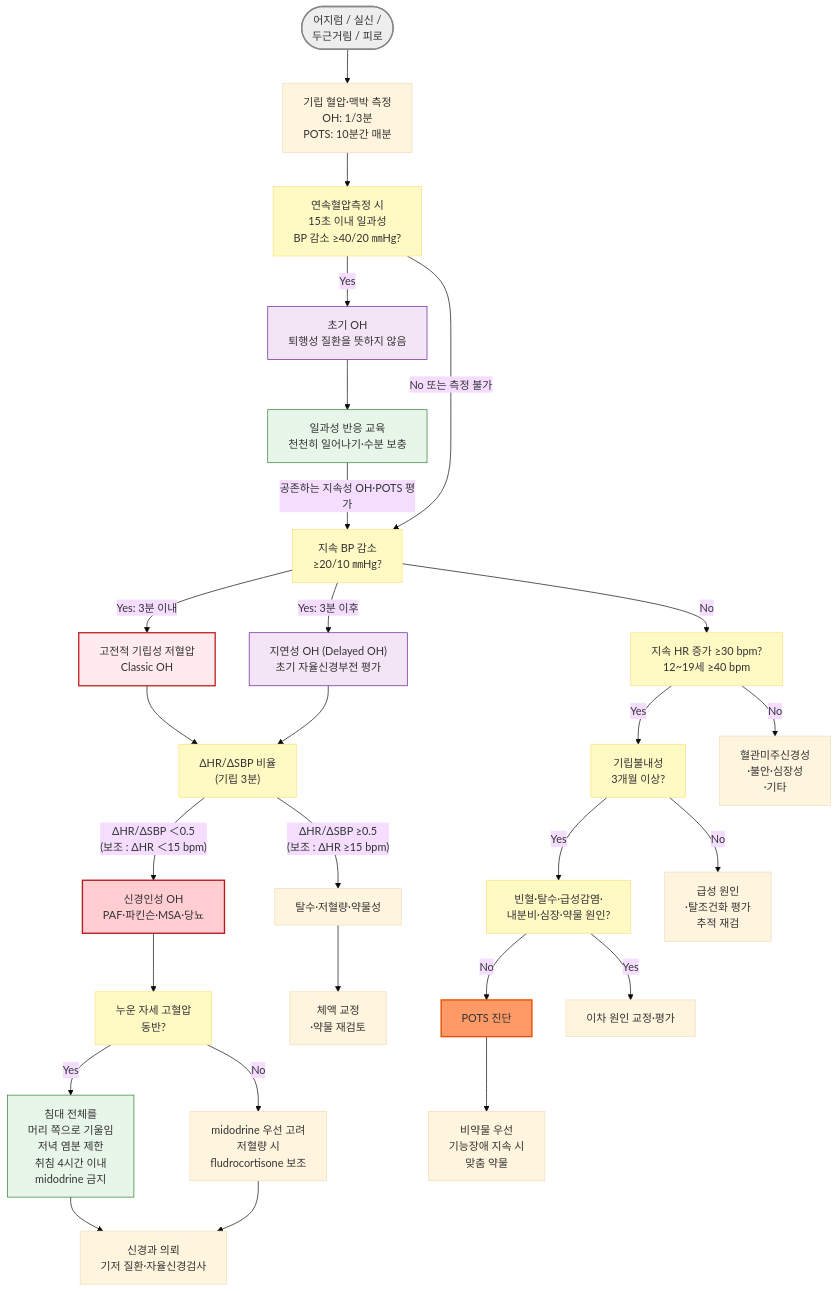
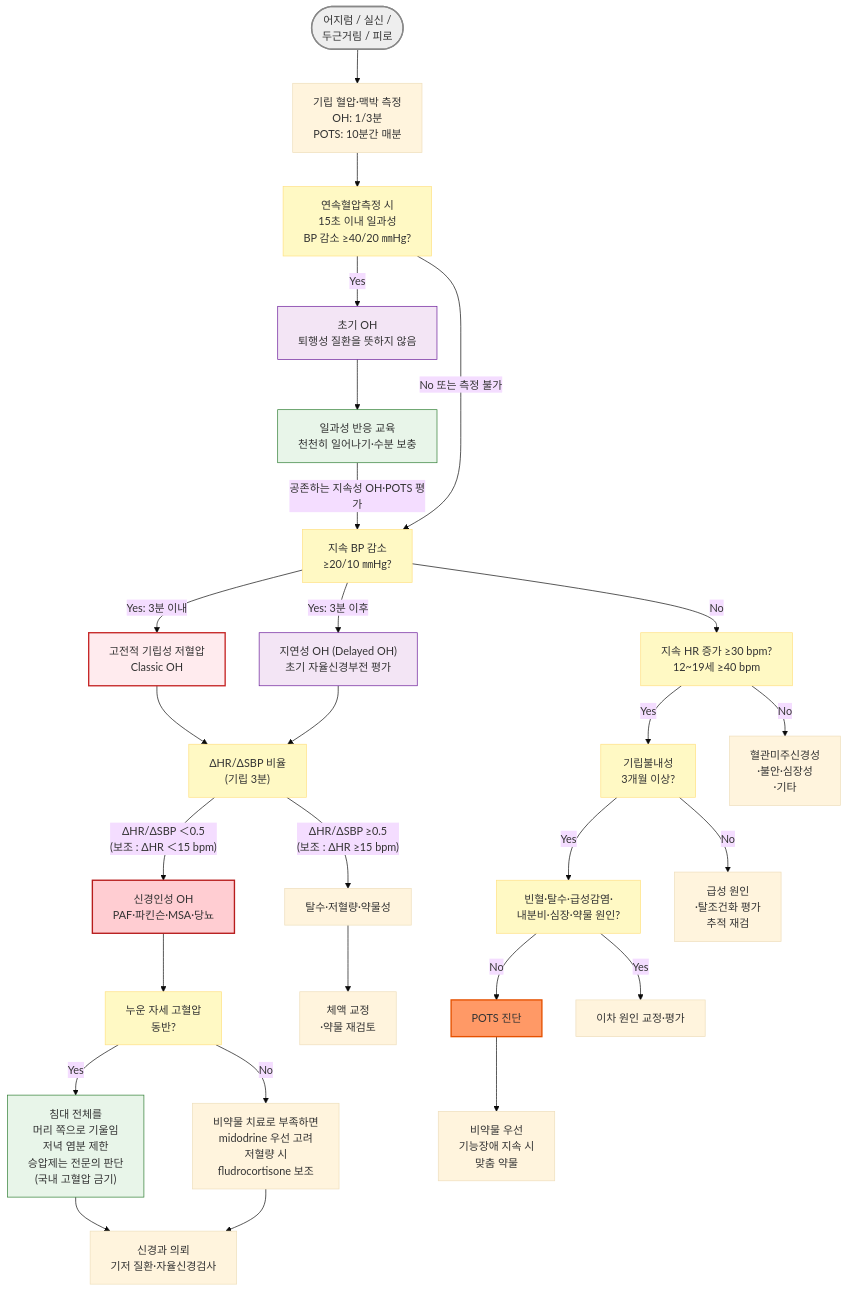
The diagram in 221_/030_-autonomic-dysfunction.md (familyoh77/familyoh77), drawn with Mermaid (base theme) before and after one commit. The commit also changed other lines of this file and 7 other files, not shown here.

````diff
--- a/221_/030_-autonomic-dysfunction.md
+++ b/221_/030_-autonomic-dysfunction.md
@@ -230,39 +231,39 @@
 ```mermaid
 graph TD
     Start(["어지럼 / 실신 /<br/>두근거림 / 피로"]) --> Step1["기립 혈압·맥박 측정<br/>OH: 1/3분<br/>POTS: 10분간 매분"]
     Step1 --> Q0["연속혈압측정 시<br/>15초 이내 일과성<br/>BP 감소 ≥40/20 ㎜Hg?"]
     Q0 -->|Yes| IOH["초기 OH<br/>퇴행성 질환을 뜻하지 않음"]
     Q0 -->|"No 또는 측정 불가"| Q1["지속 BP 감소<br/>≥20/10 ㎜Hg?"]
     IOH --> IOH_Tx["일과성 반응 교육<br/>천천히 일어나기·수분 보충"]
     IOH_Tx -->|"공존하는 지속성 OH·POTS 평가"| Q1
     Q1 -->|"Yes: 3분 이내"| OH["고전적 기립성 저혈압<br/>Classic OH"]
     Q1 -->|"Yes: 3분 이후"| DOH["지연성 OH (Delayed OH)<br/>초기 자율신경부전 평가"]
     Q1 -->|No| Q2["지속 HR 증가 ≥30 bpm?<br/>12~19세 ≥40 bpm"]
     Q2 -->|Yes| Chronic["기립불내성<br/>3개월 이상?"]
     Q2 -->|No| Other["혈관미주신경성<br/>·불안·심장성<br/>·기타"]
     OH --> QHR["ΔHR/ΔSBP 비율<br/>(기립 3분)"]
     DOH --> QHR
     QHR -->|"ΔHR/ΔSBP ＜0.5<br/>(보조 : ΔHR ＜15 bpm)"| Neuro["신경인성 OH<br/>PAF·파킨슨·MSA·당뇨"]
     QHR -->|"ΔHR/ΔSBP ≥0.5<br/>(보조 : ΔHR ≥15 bpm)"| Volume["탈수·저혈량·약물성"]
     Neuro --> SupHTN["누운 자세 고혈압<br/>동반?"]
-    SupHTN -->|Yes| SupYes["침대 전체를 <br/>머리 쪽으로 기울임<br/>저녁 염분 제한<br/>취침 4시간 이내 <br/>midodrine 금지"]
-    SupHTN -->|No| SupNo["midodrine 우선 고려<br/>저혈량 시 <br/>fludrocortisone 보조"]
+    SupHTN -->|Yes| SupYes["침대 전체를 <br/>머리 쪽으로 기울임<br/>저녁 염분 제한<br/>승압제는 전문의 판단<br/>(국내 고혈압 금기)"]
+    SupHTN -->|No| SupNo["비약물 치료로 부족하면<br/>midodrine 우선 고려<br/>저혈량 시 <br/>fludrocortisone 보조"]
     Chronic -->|Yes| Excl["빈혈·탈수·급성감염·<br/>내분비·심장·약물 원인?"]
     Chronic -->|No| Recheck["급성 원인<br/>·탈조건화 평가<br/>추적 재검"]
     Excl -->|No| POTSconf["POTS 진단"]
     Excl -->|Yes| Secondary["이차 원인 교정·평가"]
     SupYes --> Ref["신경과 의뢰<br/>기저 질환·자율신경검사"]
     SupNo --> Ref
     Volume --> Tx1["체액 교정<br/>·약물 재검토"]
     POTSconf --> Tx2["비약물 우선<br/>기능장애 지속 시 <br/>맞춤 약물"]
     style Start fill:#eeeeee,stroke:#888888,stroke-width:2px
     classDef yellow fill:#fff9c4,stroke:#ffe082
     class Q0,Q1,Q2,Chronic,QHR,SupHTN,Excl yellow
     style OH fill:#ffebee,stroke:#c62828,stroke-width:2px
     style POTSconf fill:#f96,stroke:#e65100,stroke-width:2px
     style IOH fill:#f3e5f5,stroke:#6a1b9a,stroke-width:1px
     style DOH fill:#f3e5f5,stroke:#6a1b9a,stroke-width:1px
     style IOH_Tx fill:#e8f5e9,stroke:#2e7d32,stroke-width:1px
     style SupYes fill:#e8f5e9,stroke:#2e7d32,stroke-width:1px
     style Neuro fill:#ffcdd2,stroke:#b71c1c,stroke-width:2px
 ```
````
